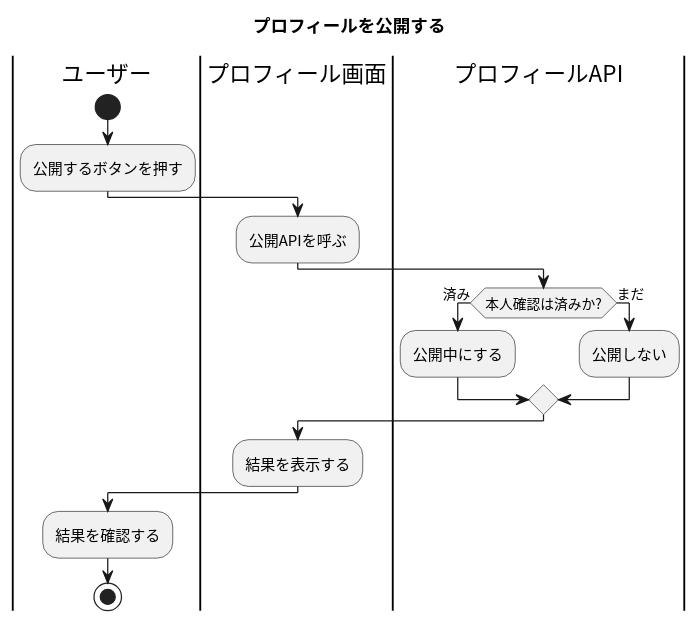
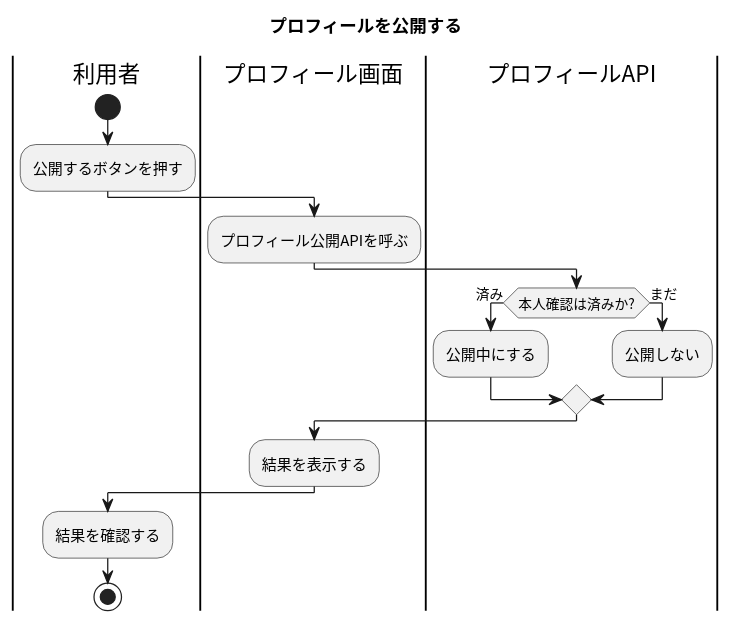
Before and after one commit to masamasamasato/design-doc-template: the diagram in docs/business/プロフィールを公開する/flow.puml, drawn with PlantUML. The commit also changed 67 other files, not shown here.

First line of the commit message:
日本語の言い回しを直し、図の例をナビに載せる (#13)

```diff
--- a/docs/business/プロフィールを公開する/flow.puml
+++ b/docs/business/プロフィールを公開する/flow.puml
@@ -3,28 +3,28 @@
 @startuml
 skinparam shadowing false
 skinparam defaultFontName "Noto Sans CJK JP"
 skinparam ActivityFontName "Noto Sans CJK JP"
 
 title プロフィールを公開する
 
-|ユーザー|
+|利用者|
 start
 :公開するボタンを押す;
 
 |プロフィール画面|
-:公開APIを呼ぶ;
+:プロフィール公開APIを呼ぶ;
 
 |プロフィールAPI|
 if (本人確認は済みか?) then (済み)
   :公開中にする;
 else (まだ)
   :公開しない;
 endif
 
 |プロフィール画面|
 :結果を表示する;
 
-|ユーザー|
+|利用者|
 :結果を確認する;
 stop
 @enduml
```
